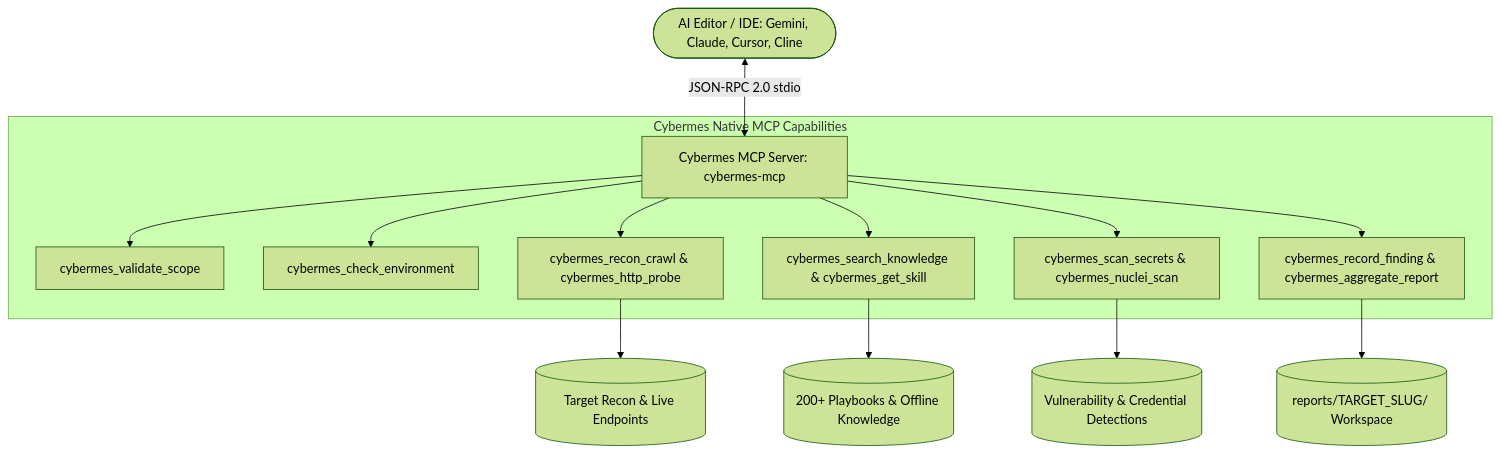
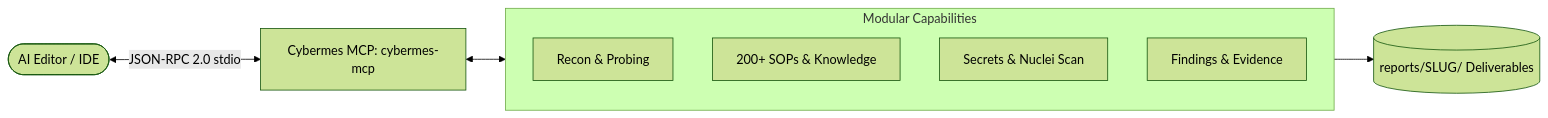
Before and after one commit to Zyrexnn/Cybermes: the second of 2 diagrams in README.md, drawn with Mermaid (forest theme). The commit also changed other lines of this file, not shown here.

Commit message:
docs: optimize workflow flowchart layout to compact horizontal view

````diff
--- a/README.md
+++ b/README.md
@@ -201,18 +210,15 @@
 ```mermaid
-flowchart TD
-    Client([AI Editor / IDE: Gemini, Claude, Cursor, Cline]) <-->|JSON-RPC 2.0 stdio| MCP[Cybermes MCP Server: cybermes-mcp]
+flowchart LR
+    Client([AI Editor / IDE]) <-->|JSON-RPC 2.0 stdio| MCP[Cybermes MCP: cybermes-mcp]
     
-    subgraph "Cybermes Native MCP Capabilities"
-        MCP --> T1[cybermes_validate_scope]
-        MCP --> T2[cybermes_check_environment]
-        MCP --> T3[cybermes_recon_crawl & cybermes_http_probe]
-        MCP --> T4[cybermes_search_knowledge & cybermes_get_skill]
-        MCP --> T5[cybermes_scan_secrets & cybermes_nuclei_scan]
-        MCP --> T6[cybermes_record_finding & cybermes_aggregate_report]
+    subgraph Tools["Modular Capabilities"]
+        direction TB
+        T1[Recon & Probing]
+        T2[200+ SOPs & Knowledge]
+        T3[Secrets & Nuclei Scan]
+        T4[Findings & Evidence]
     end
 
-    T3 --> R1[(Target Recon & Live Endpoints)]
-    T4 --> R2[(200+ Playbooks & Offline Knowledge)]
-    T5 --> R3[(Vulnerability & Credential Detections)]
-    T6 --> R4[(reports/TARGET_SLUG/ Workspace)]
+    MCP <--> Tools
+    Tools --> Out[(reports/SLUG/ Deliverables)]
 ```
````
